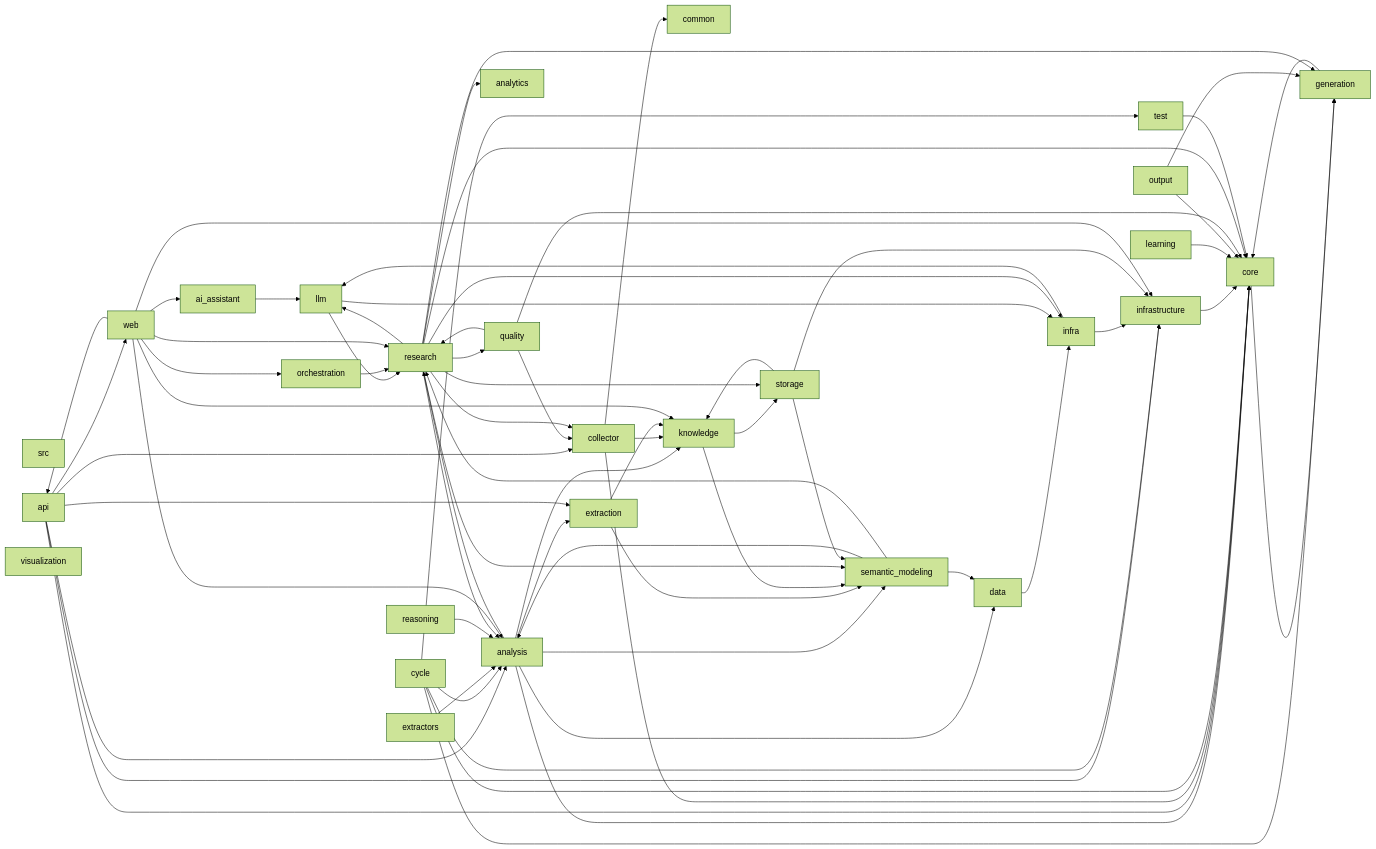
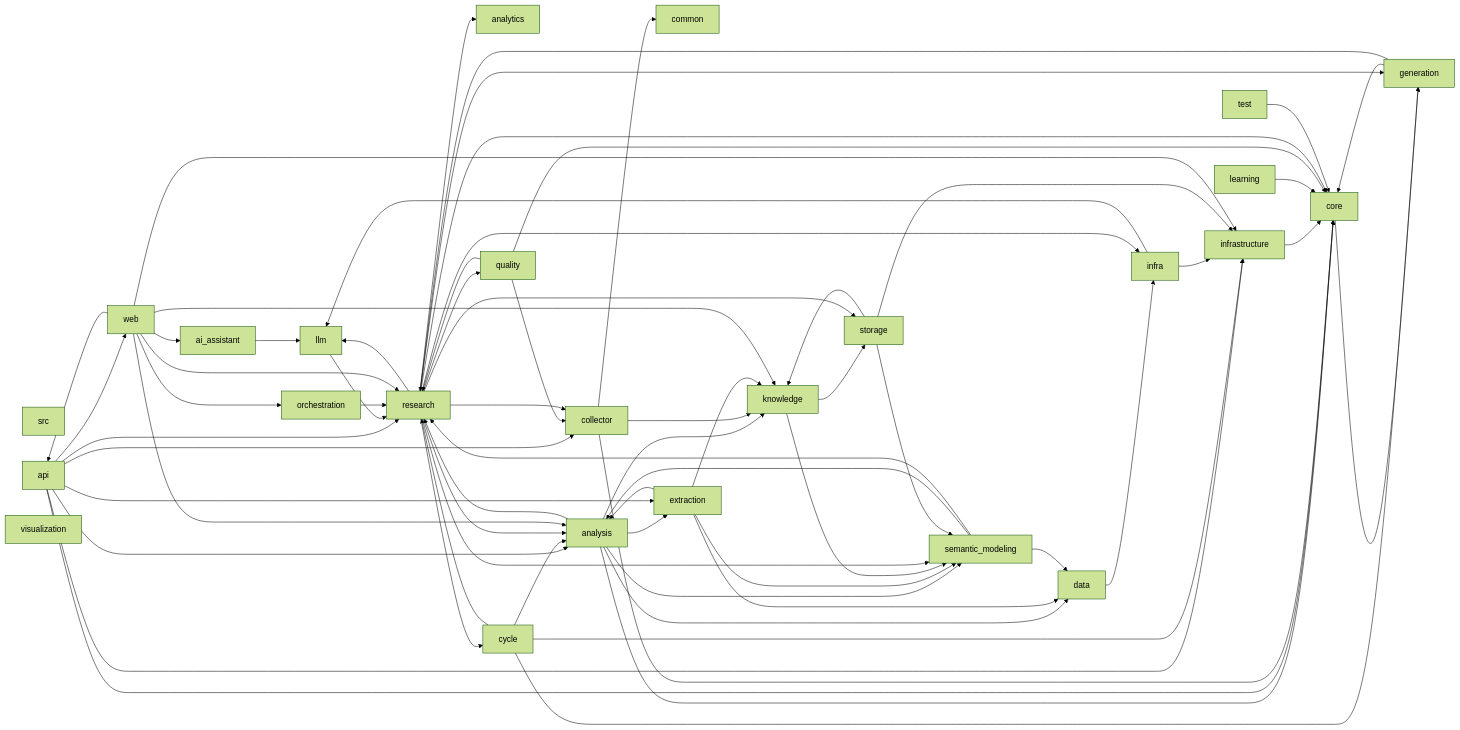
Before and after one commit to guose1314/tcmautoresearch: the diagram in docs/architecture/dependency-graph.md, drawn with Mermaid (forest theme). The commit also changed other lines of this file and 80 other files, not shown here.

```diff
--- a/docs/architecture/dependency-graph.md
+++ b/docs/architecture/dependency-graph.md
@@ -24,7 +24,6 @@
     src_cycle["cycle"]
     src_data["data"]
     src_extraction["extraction"]
-    src_extractors["extractors"]
     src_generation["generation"]
     src_infra["infra"]
     src_infrastructure["infrastructure"]
@@ -32,9 +31,7 @@
     src_learning["learning"]
     src_llm["llm"]
     src_orchestration["orchestration"]
-    src_output["output"]
     src_quality["quality"]
-    src_reasoning["reasoning"]
     src_research["research"]
     src_semantic_modeling["semantic_modeling"]
     src_storage["storage"]
@@ -53,40 +50,39 @@
     src_api --> src_core
     src_api --> src_extraction
     src_api --> src_infrastructure
+    src_api --> src_research
     src_api --> src_web
     src_collector --> src_common
     src_collector --> src_core
     src_collector --> src_knowledge
     src_core --> src_generation
     src_cycle --> src_analysis
-    src_cycle --> src_core
     src_cycle --> src_generation
     src_cycle --> src_infrastructure
-    src_cycle --> src_test
+    src_cycle --> src_research
     src_data --> src_infra
+    src_extraction --> src_analysis
+    src_extraction --> src_data
     src_extraction --> src_knowledge
     src_extraction --> src_semantic_modeling
-    src_extractors --> src_analysis
     src_generation --> src_core
+    src_generation --> src_research
     src_infra --> src_infrastructure
     src_infra --> src_llm
     src_infrastructure --> src_core
     src_knowledge --> src_semantic_modeling
     src_knowledge --> src_storage
     src_learning --> src_core
-    src_llm --> src_infra
     src_llm --> src_research
     src_orchestration --> src_research
-    src_output --> src_core
-    src_output --> src_generation
     src_quality --> src_collector
     src_quality --> src_core
     src_quality --> src_research
-    src_reasoning --> src_analysis
     src_research --> src_analysis
     src_research --> src_analytics
     src_research --> src_collector
     src_research --> src_core
+    src_research --> src_cycle
     src_research --> src_generation
     src_research --> src_infra
     src_research --> src_llm
```
